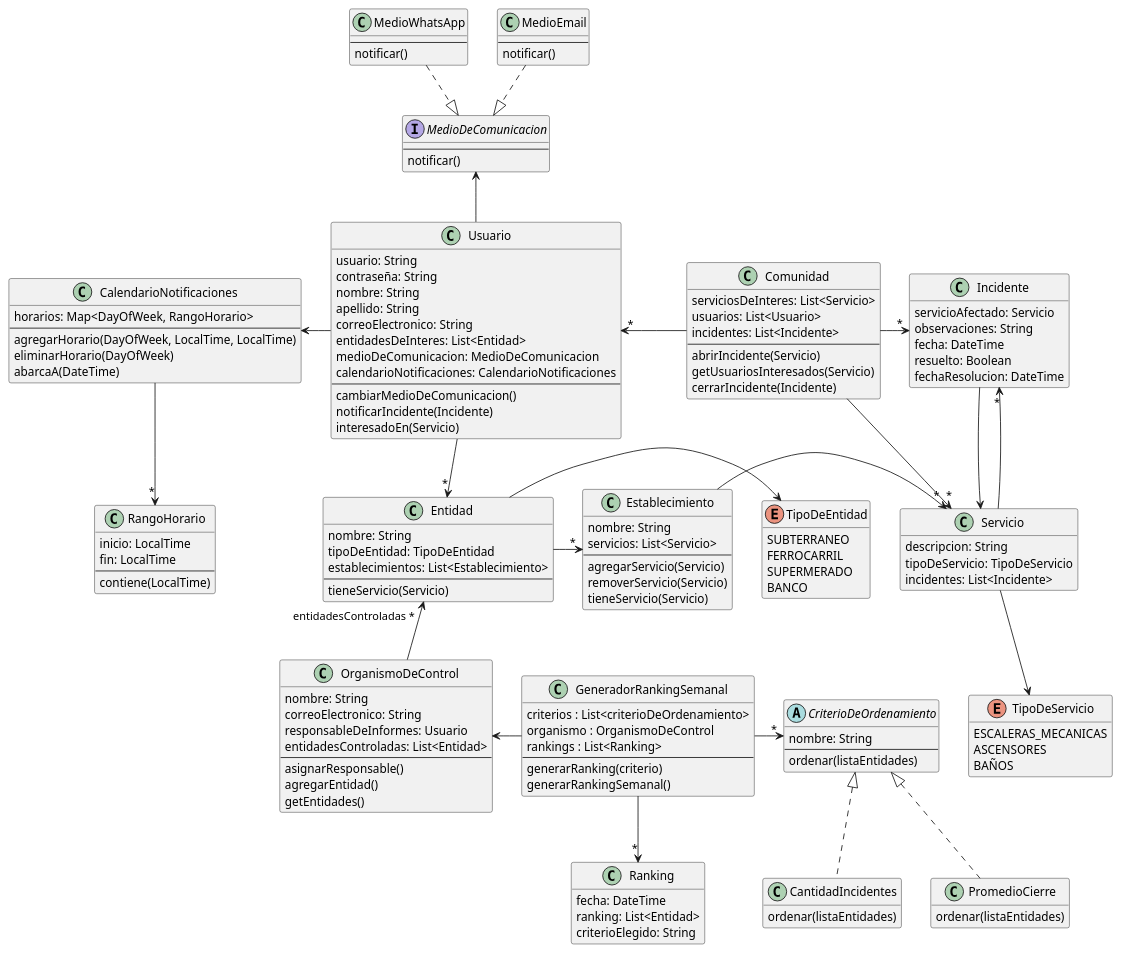
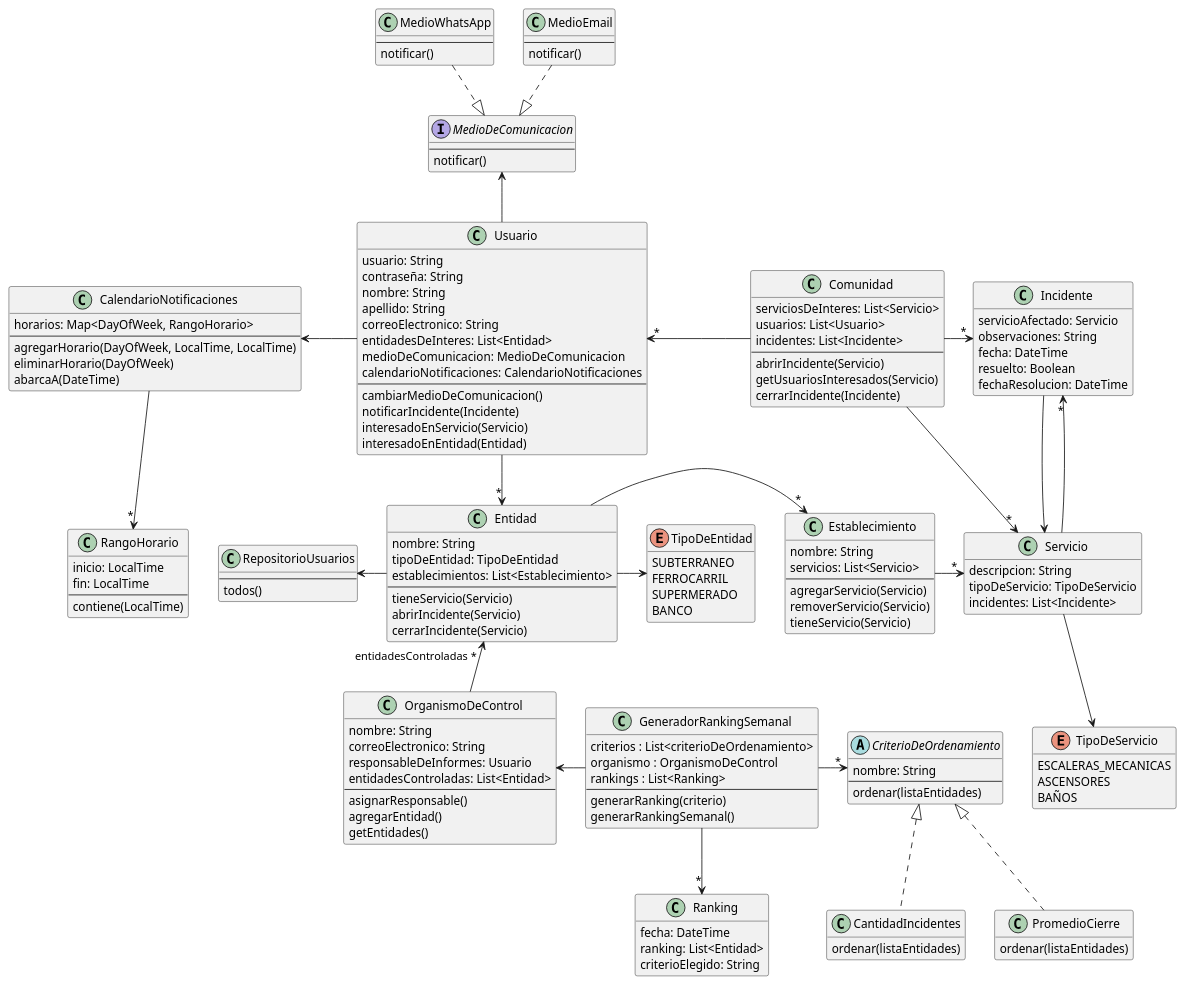
The diagram in docs/entrega-3/clases_mm.puml (ValenAquino/tp-dds-2023), drawn with PlantUML before and after one commit. The commit also changed 4 other files, not shown here.

Commit message:
feat: abrir incidente desde entidad

```diff
--- a/docs/entrega-3/clases_mm.puml
+++ b/docs/entrega-3/clases_mm.puml
@@ -10,6 +10,8 @@
   establecimientos: List<Establecimiento>
   --
   tieneServicio(Servicio)
+  abrirIncidente(Servicio)
+  cerrarIncidente(Servicio)
 }
 
 ' Sucursal, Estacion, ...
@@ -54,7 +56,8 @@
   --
   cambiarMedioDeComunicacion()
   notificarIncidente(Incidente)
-  interesadoEn(Servicio)
+  interesadoEnServicio(Servicio)
+  interesadoEnEntidad(Entidad)
 }
 
 class RangoHorario {
@@ -164,6 +167,10 @@
 class CantidadIncidentes {
   ordenar(listaEntidades)
 }
+class RepositorioUsuarios{
+    --
+    todos()
+}
 
 'RepositorioOrganismosDeControl -u-> OrganismoDeControl
 GeneradorRankingSemanal -> OrganismoDeControl
@@ -182,6 +189,7 @@
 Incidente --> Servicio
 
 CalendarioNotificaciones -->"*" RangoHorario
+RepositorioUsuarios <- Entidad
 Entidad ->"*" Establecimiento
 Entidad -> TipoDeEntidad
 Servicio --> TipoDeServicio
```
